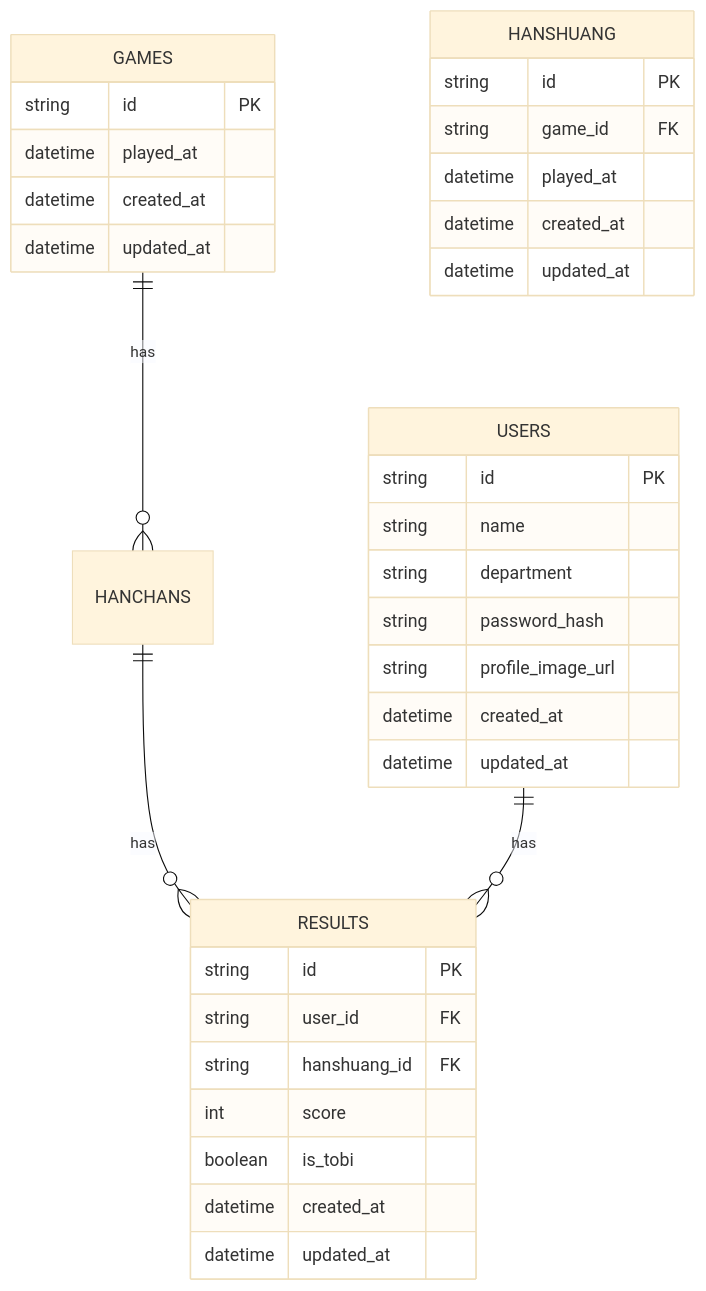
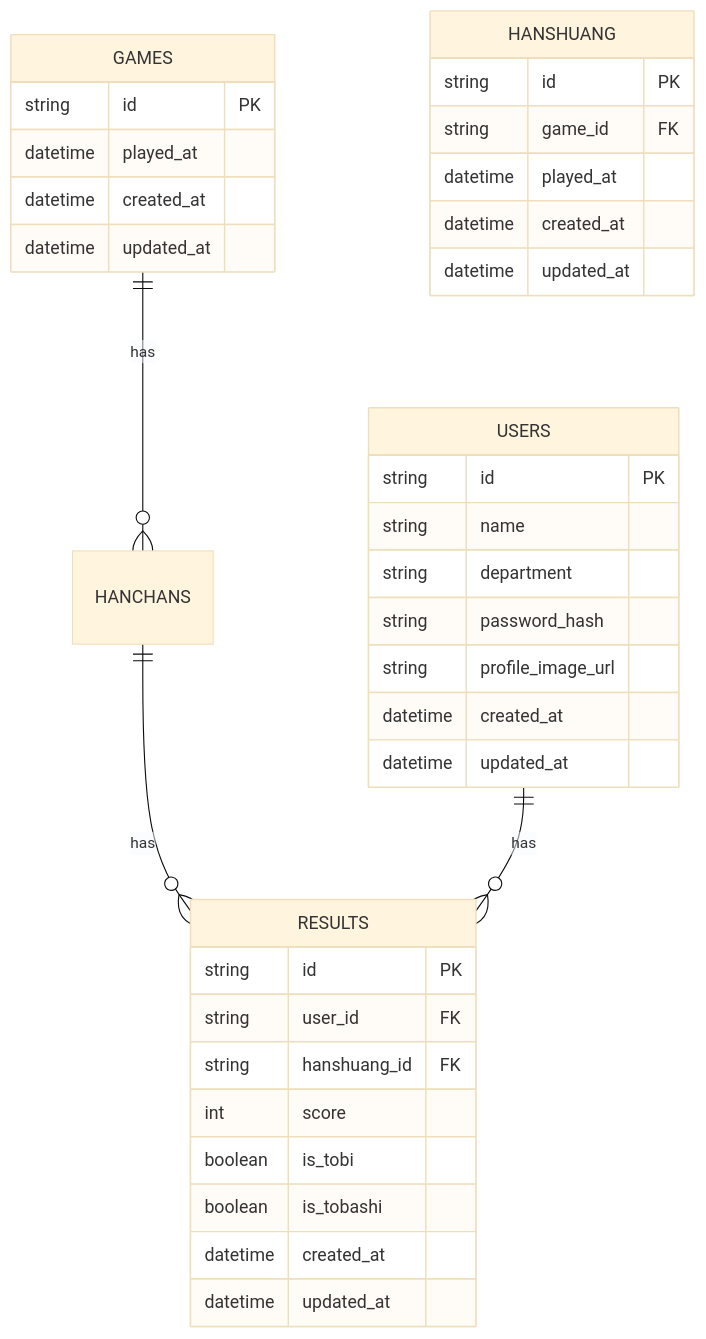
Before and after one commit to kaneko1117/takumakai: the second of 2 diagrams in GEMINI.md, drawn with Mermaid (base theme). The commit also changed 5 other files, not shown here.

````diff
--- a/GEMINI.md
+++ b/GEMINI.md
@@ -178,41 +178,42 @@
 ```mermaid
 erDiagram
     GAMES ||--o{ HANCHANS : "has"
     HANCHANS ||--o{ RESULTS : "has"
     USERS ||--o{ RESULTS : "has"
 
     USERS {
         string id PK
         string name
         string department
         string password_hash
         string profile_image_url
         datetime created_at
         datetime updated_at
     }
 
     GAMES {
         string id PK
         datetime played_at
         datetime created_at
         datetime updated_at
     }
 
     HANSHUANG {
         string id PK
         string game_id FK
         datetime played_at
         datetime created_at
         datetime updated_at
     }
 
     RESULTS {
         string id PK
         string user_id FK
         string hanshuang_id FK
         int score
         boolean is_tobi
+        boolean is_tobashi
         datetime created_at
         datetime updated_at
     }
 ```
````
